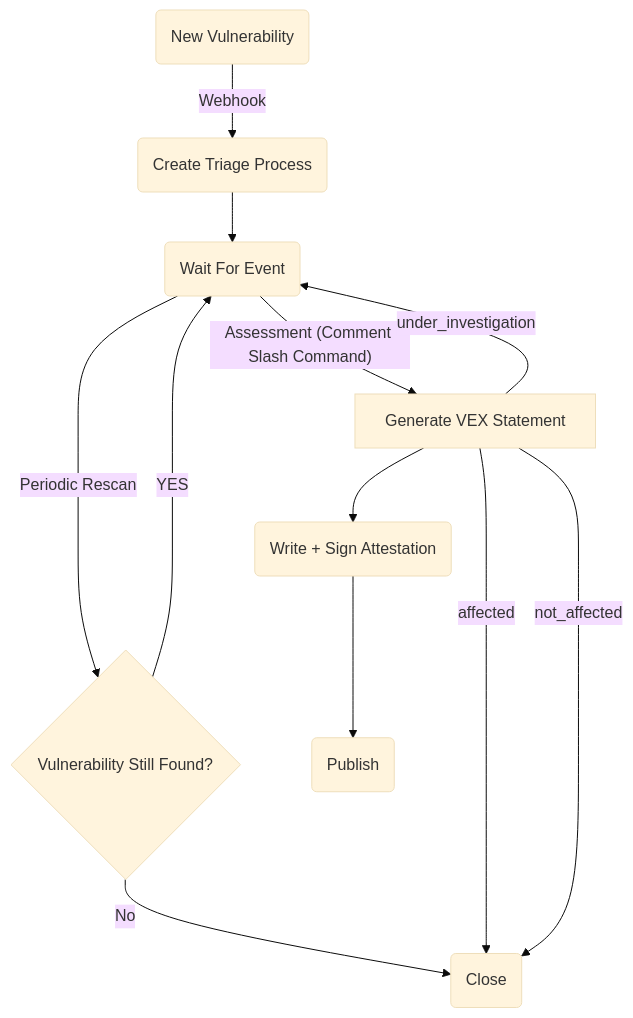
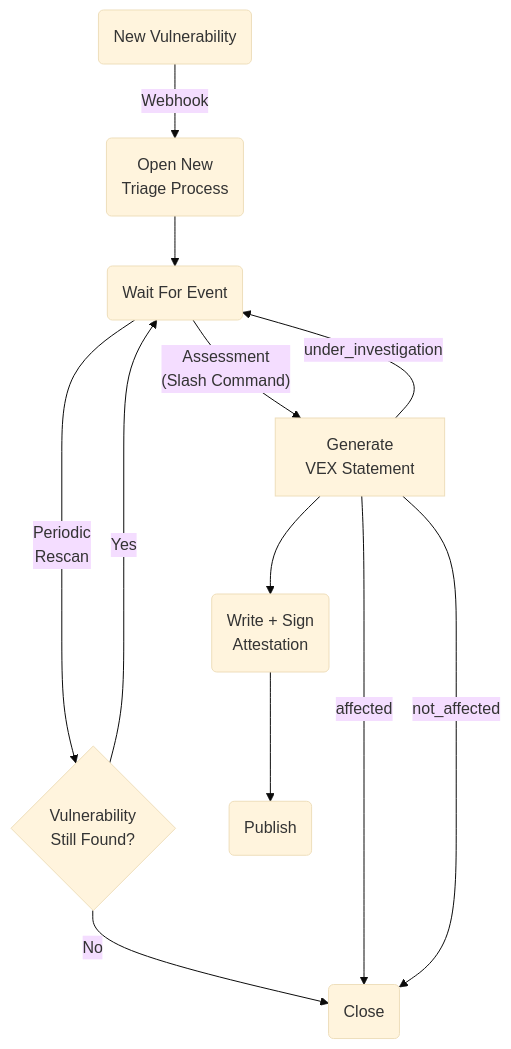
The diagram in README.md (carabiner-dev/vexflow), drawn with Mermaid (base theme) before and after one commit. The commit also changed other lines of this file, not shown here.

````diff
--- a/README.md
+++ b/README.md
@@ -46,10 +46,10 @@
 ```mermaid
 flowchart TD
-    A(New Vulnerability) -->|Webhook| B(Create Triage Process) --> C(Wait For Event)
-    C ---->|Periodic Rescan| Q{Vulnerability Still Found?} ---->|YES| C
+    A(New Vulnerability) -->|Webhook| B(Open New<br>Triage Process) --> C(Wait For Event)
+    C ---->|Periodic<br>Rescan| Q{Vulnerability<br>Still Found?} ---->|Yes| C
     Q -->|No| CL(Close)
-    C -->|"Assessment (Comment Slash Command)"| PS[Generate VEX Statement] -->|under_investigation| C
+    C -->|"Assessment <br> (Slash Command)"| PS[Generate<br>VEX Statement] -->|under_investigation| C
     PS --> |affected| CL
     PS --> |not_affected| CL
-    PS --> G(Write + Sign Attestation) --> PA(Publish)
+    PS --> G(Write + Sign<br>Attestation) --> PA(Publish)
 ```
````
